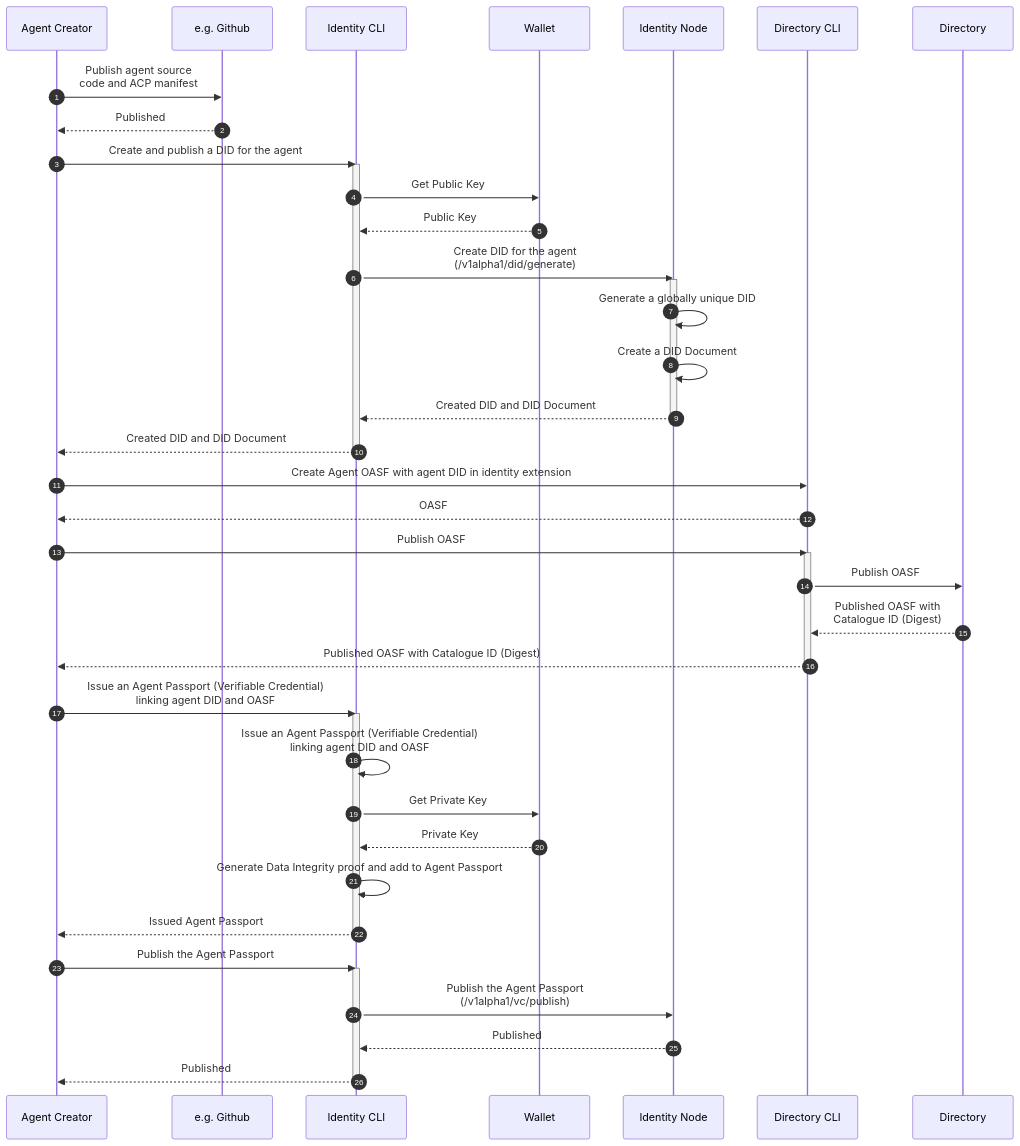
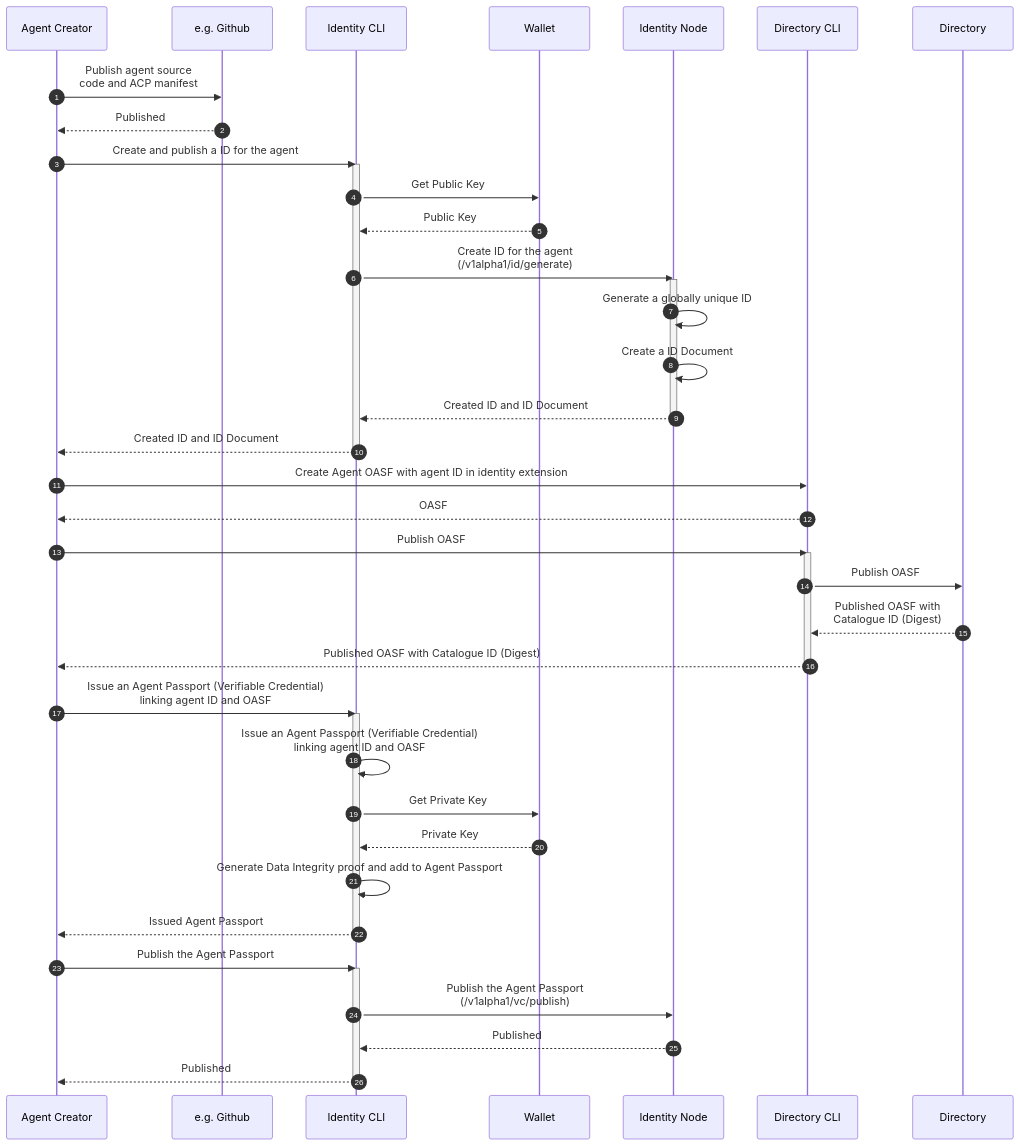
Before and after one commit to agntcy/identity-spec: the first of 4 diagrams in docs-src/docs/specs/flows/agntcy.md, drawn with Mermaid. The commit also changed other lines of this file and 7 other files, not shown here.

````diff
--- a/docs-src/docs/specs/flows/agntcy.md
+++ b/docs-src/docs/specs/flows/agntcy.md
@@ -9,52 +9,52 @@
 ```mermaid
 sequenceDiagram
 autonumber
 
 % Create a new agent
 Agent Creator->>e.g. Github: Publish agent source<br/>code and ACP manifest
 e.g. Github-->>Agent Creator: Published
 
-% Create a DID and a DID Document for the agent
-Agent Creator->>Identity CLI: Create and publish a DID for the agent
+% Create a ID and a ID Document for the agent
+Agent Creator->>Identity CLI: Create and publish a ID for the agent
 activate Identity CLI
 Identity CLI->>Wallet: Get Public Key
 Wallet-->>Identity CLI: Public Key
-Identity CLI->>Identity Node: Create DID for the agent<br/>(/v1alpha1/did/generate)
+Identity CLI->>Identity Node: Create ID for the agent<br/>(/v1alpha1/id/generate)
 activate Identity Node
-Identity Node->>Identity Node: Generate a globally unique DID
-Identity Node->>Identity Node: Create a DID Document
-Identity Node-->>Identity CLI: Created DID and DID Document
+Identity Node->>Identity Node: Generate a globally unique ID
+Identity Node->>Identity Node: Create a ID Document
+Identity Node-->>Identity CLI: Created ID and ID Document
 deactivate Identity Node
-Identity CLI-->>Agent Creator: Created DID and DID Document
+Identity CLI-->>Agent Creator: Created ID and ID Document
 deactivate Identity CLI
 
-% Create the agent's OASF and add DID to it
-Agent Creator->>Directory CLI: Create Agent OASF with agent DID in identity extension
+% Create the agent's OASF and add ID to it
+Agent Creator->>Directory CLI: Create Agent OASF with agent ID in identity extension
 Directory CLI-->>Agent Creator: OASF
 
 % Publish agent OASF
 Agent Creator->>Directory CLI: Publish OASF
 activate Directory CLI
 Directory CLI->>Directory: Publish OASF
 Directory-->>Directory CLI: Published OASF with<br/>Catalogue ID (Digest)
 Directory CLI-->>Agent Creator: Published OASF with Catalogue ID (Digest)
 deactivate Directory CLI
 
-% Create Verifiable Credential linking agent DID + OASF
-Agent Creator->>Identity CLI: Issue an Agent Passport (Verifiable Credential)<br/>linking agent DID and OASF
+% Create Verifiable Credential linking agent ID + OASF
+Agent Creator->>Identity CLI: Issue an Agent Passport (Verifiable Credential)<br/>linking agent ID and OASF
 activate Identity CLI
-Identity CLI->>Identity CLI: Issue an Agent Passport (Verifiable Credential)<br/>linking agent DID and OASF
+Identity CLI->>Identity CLI: Issue an Agent Passport (Verifiable Credential)<br/>linking agent ID and OASF
 Identity CLI->>Wallet: Get Private Key
 Wallet-->>Identity CLI: Private Key
 Identity CLI->>Identity CLI: Generate Data Integrity proof and add to Agent Passport
 Identity CLI-->>Agent Creator: Issued Agent Passport
 deactivate Identity CLI
 
 % Publish the Verifiable Credential
 Agent Creator->>Identity CLI: Publish the Agent Passport
 activate Identity CLI
 Identity CLI->>Identity Node: Publish the Agent Passport<br/>(/v1alpha1/vc/publish)
 Identity Node-->>Identity CLI: Published
 Identity CLI-->>Agent Creator: Published
 deactivate Identity CLI
 ```
````
